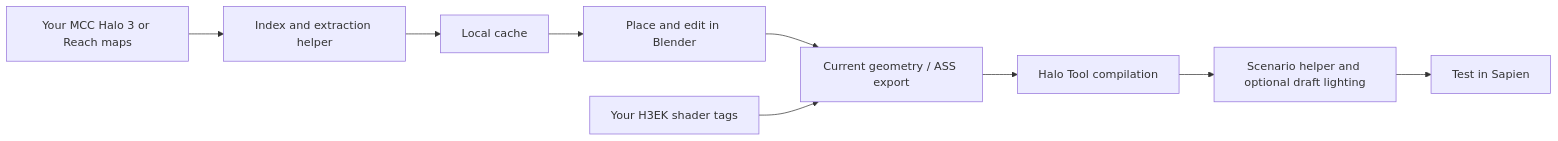
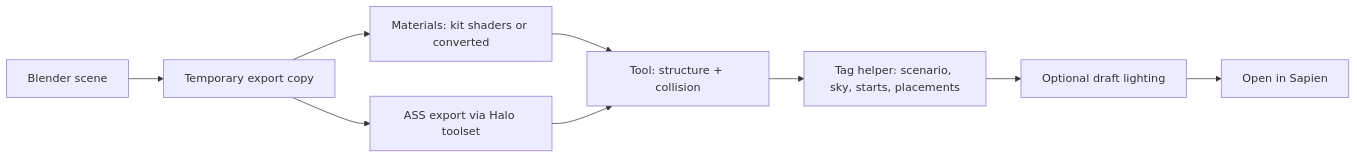
The second of 2 diagrams in docs/HOW-IT-WORKS.md (BarnacleBoii/HaloBridge-Blender-4.0-Asset-Map-Importer-Addon-BETA), drawn with Mermaid before and after one commit. The commit also changed other lines of this file and 9 other files, not shown here.

````diff
--- a/docs/HOW-IT-WORKS.md
+++ b/docs/HOW-IT-WORKS.md
@@ -24,11 +63,11 @@
 ```mermaid
 flowchart LR
-  A[Your MCC Halo 3 or Reach maps] --> B[Index and extraction helper]
-  B --> C[Local cache]
-  C --> D[Place and edit in Blender]
-  D --> E[Current geometry / ASS export]
-  F[Your H3EK shader tags] --> E
-  E --> G[Halo Tool compilation]
-  G --> H[Scenario helper and optional draft lighting]
-  H --> I[Test in Sapien]
+  A[Blender scene] --> B[Temporary export copy]
+  B --> C[Materials: kit shaders or converted]
+  B --> D[ASS export via Halo toolset]
+  C --> E[Tool: structure + collision]
+  D --> E
+  E --> F[Tag helper: scenario, sky, starts, placements]
+  F --> G[Optional draft lighting]
+  G --> H[Open in Sapien]
 ```
````
